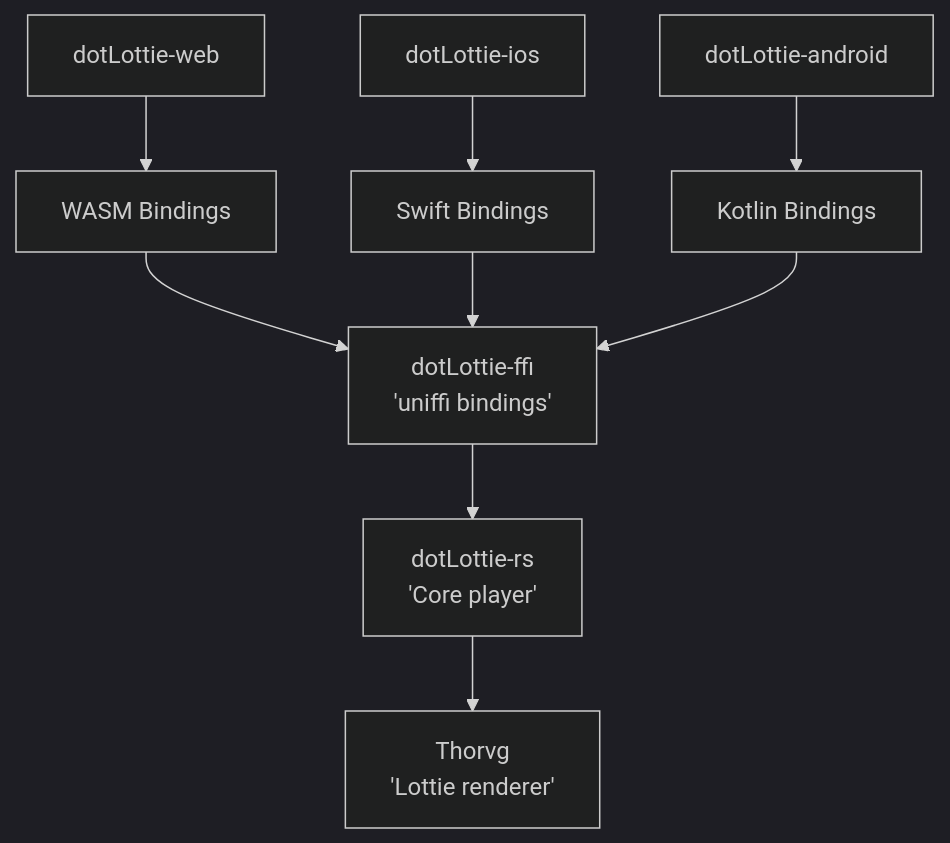
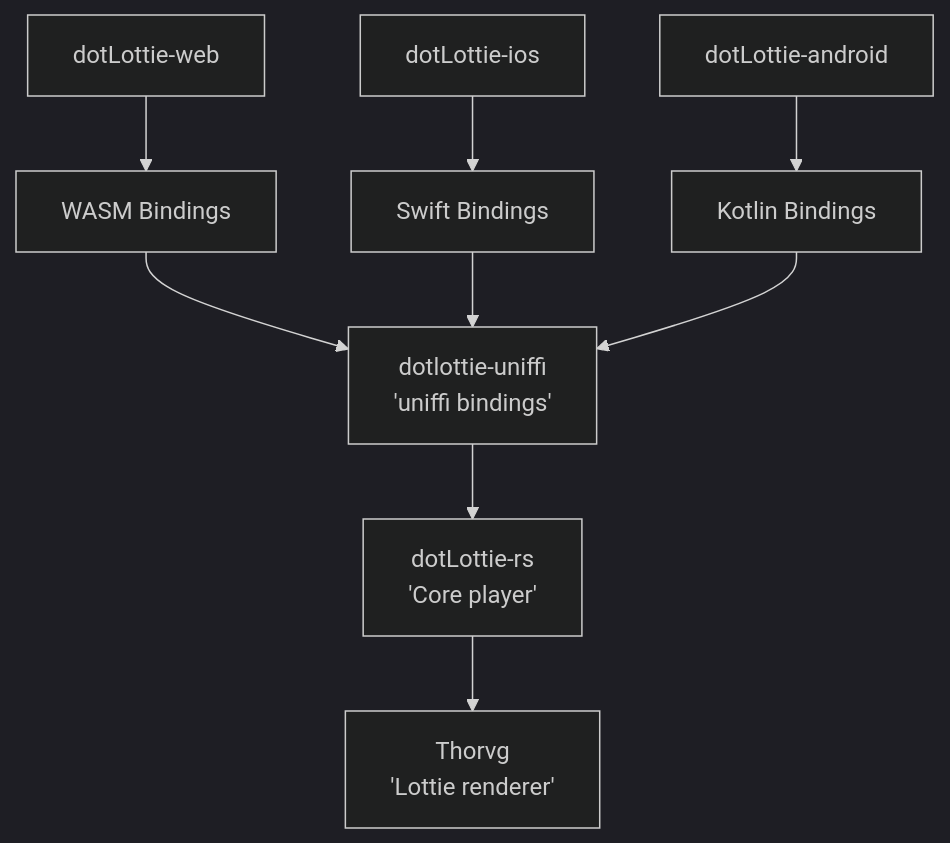
Before and after one commit to LottieFiles/dotlottie-rs: the diagram in README.md, drawn with Mermaid (dark theme). The commit also changed other lines of this file and 36 other files, not shown here.

````diff
--- a/README.md
+++ b/README.md
@@ -15,14 +15,14 @@
 ```mermaid
 flowchart TD
   A[dotLottie-web] --> WASM+Bindings[WASM Bindings]
   B[dotLottie-ios] --> swift+Bindings[Swift Bindings]
   C[dotLottie-android] --> kotlin+Bindings[Kotlin Bindings]
 
-  WASM+Bindings --> dotLottie-ffi[dotLottie-ffi \n 'uniffi bindings']
-  swift+Bindings --> dotLottie-ffi[dotLottie-ffi \n 'uniffi bindings']
-  kotlin+Bindings --> dotLottie-ffi[dotLottie-ffi \n 'uniffi bindings']
+  WASM+Bindings --> dotlottie-uniffi[dotlottie-uniffi \n 'uniffi bindings']
+  swift+Bindings --> dotlottie-uniffi[dotlottie-uniffi \n 'uniffi bindings']
+  kotlin+Bindings --> dotlottie-uniffi[dotlottie-uniffi \n 'uniffi bindings']
 
-  dotLottie-ffi --> dotlottiers[dotLottie-rs \n 'Core player']
+  dotlottie-uniffi --> dotlottiers[dotLottie-rs \n 'Core player']
 
   dotlottiers --> Thorvg[Thorvg \n 'Lottie renderer']
 ```
````
